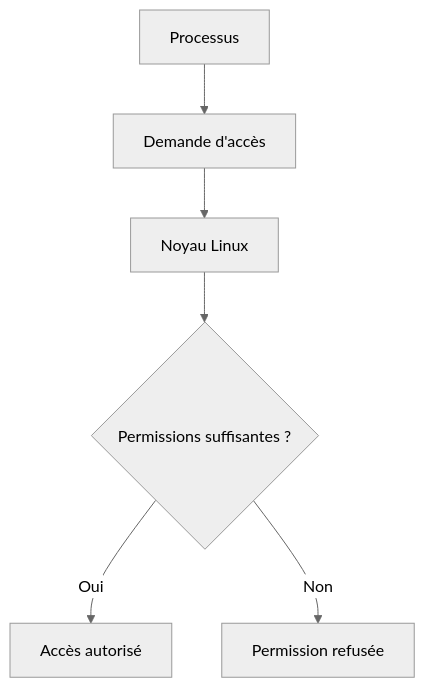
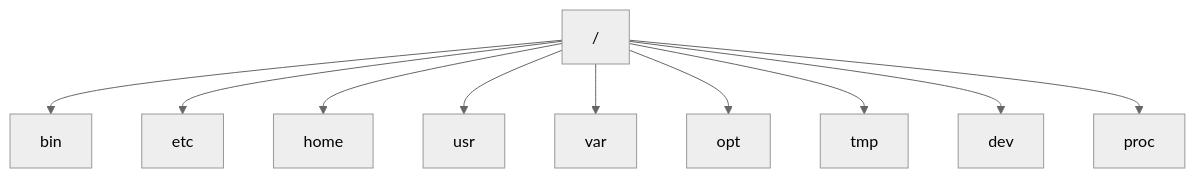
The first of 15 diagrams in campagne 1/1.6.md (tdelaclos/formations), drawn with Mermaid (neutral theme) before and after one commit. The commit also changed other lines of this file, not shown here.

````diff
--- a/campagne 1/1.6.md
+++ b/campagne 1/1.6.md
@@ -78,21 +100,23 @@
 ```mermaid
 flowchart TD
 
-A["Processus"]
+A["/"]
 
-B["Demande d'accès"]
+A --> B["bin"]
 
-C["Noyau Linux"]
+A --> C["etc"]
 
-D{"Permissions suffisantes ?"}
+A --> D["home"]
 
-E["Accès autorisé"]
+A --> E["usr"]
 
-F["Permission refusée"]
+A --> F["var"]
 
-A --> B
-B --> C
-C --> D
-D -->|Oui| E
-D -->|Non| F
+A --> G["opt"]
+
+A --> H["tmp"]
+
+A --> I["dev"]
+
+A --> J["proc"]
 ```
````
